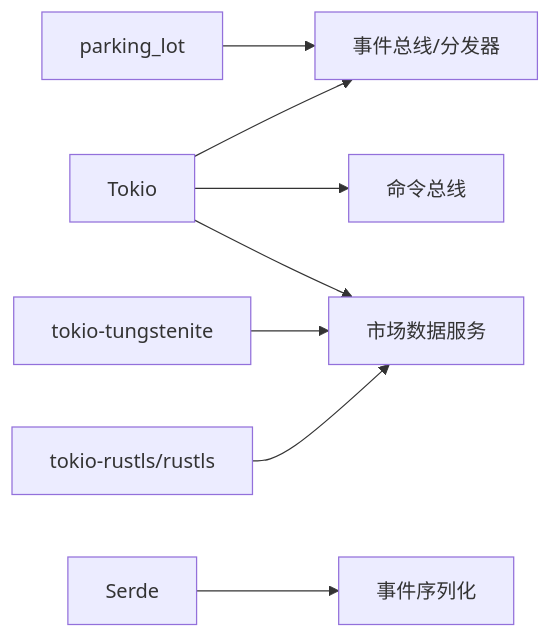
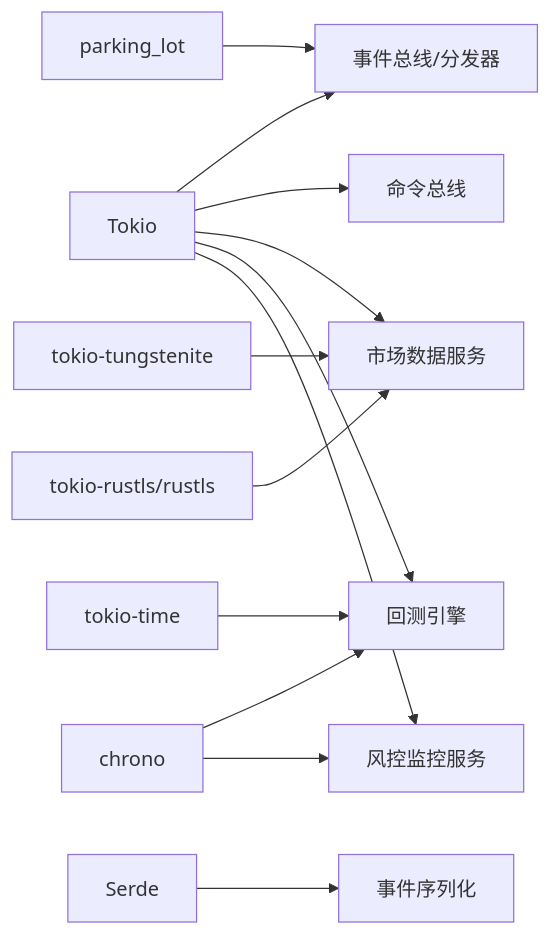
One commit to Heres1/binanceWebsocket changed diagram 12 of 12 in .qoder/repowiki/zh/content/架构设计/架构设计.md. Above: the diagram before and after it, drawn with Mermaid. The commit also changed other lines of this file and 14 other files, not shown here.

````diff
--- a/.qoder/repowiki/zh/content/架构设计/架构设计.md
+++ b/.qoder/repowiki/zh/content/架构设计/架构设计.md
@@ -332,10 +524,15 @@
 ```mermaid
 graph LR
 A["Tokio"] --> B["事件总线/分发器"]
 A --> C["命令总线"]
 A --> D["市场数据服务"]
-E["Serde"] --> F["事件序列化"]
-G["tokio-tungstenite"] --> D
-H["tokio-rustls/rustls"] --> D
-I["parking_lot"] --> B
+A --> E["回测引擎"]
+A --> F["风控监控服务"]
+G["Serde"] --> H["事件序列化"]
+I["tokio-tungstenite"] --> D
+J["tokio-rustls/rustls"] --> D
+K["parking_lot"] --> B
+L["chrono"] --> E
+L --> F
+M["tokio-time"] --> E
 ```
````
